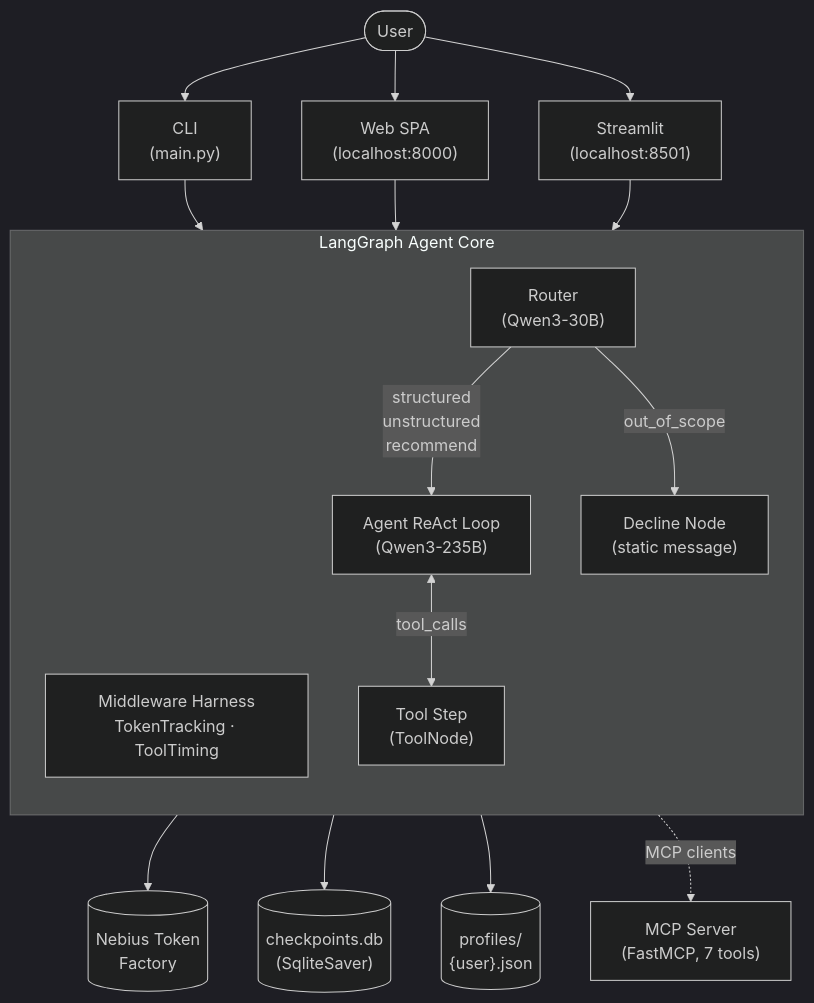
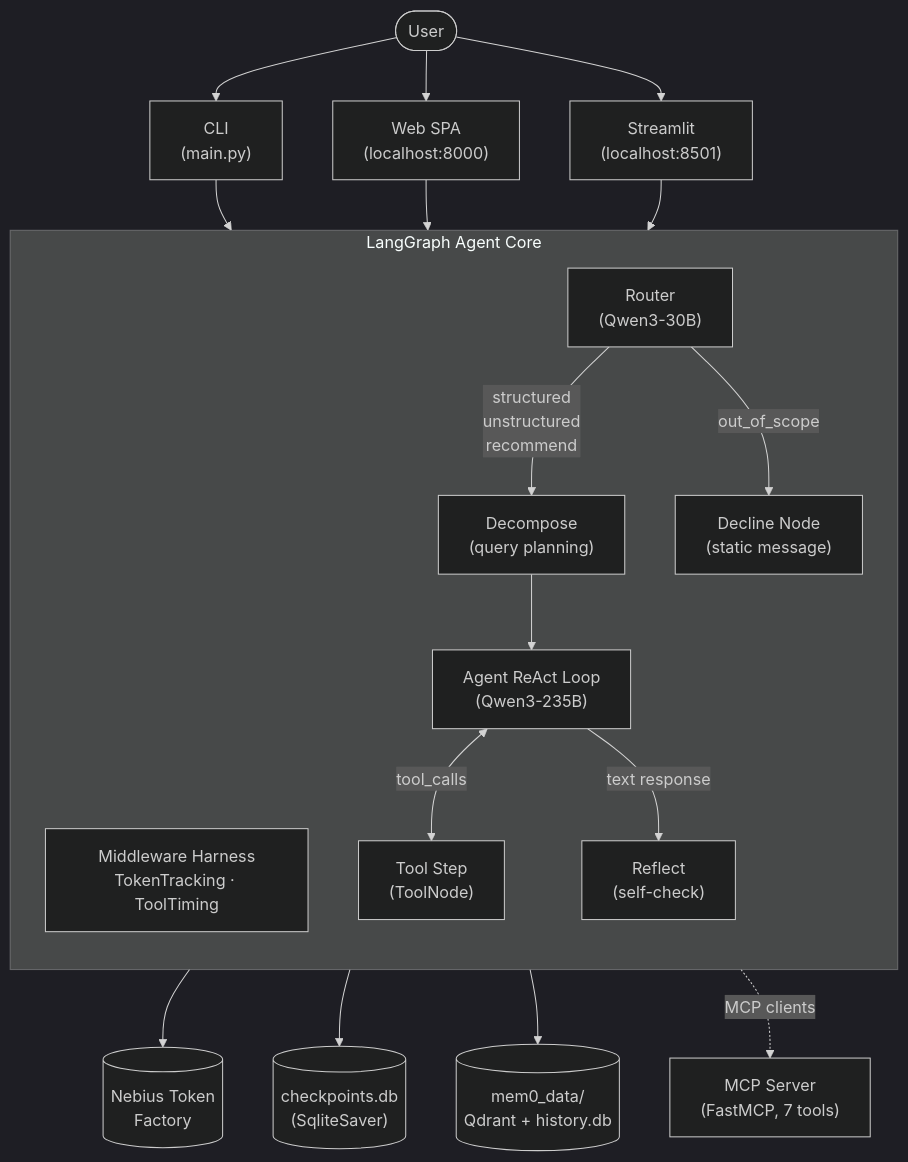
Before and after one commit to ilyaka-gmx/ilyaka-cs-data-analyst-agent: the first of 6 diagrams in docs/architecture.md, drawn with Mermaid (dark theme). The commit also changed other lines of this file and 35 other files, not shown here.

````diff
--- a/docs/architecture.md
+++ b/docs/architecture.md
@@ -40,30 +41,34 @@
 ```mermaid
 graph TD
     User([User])
 
     User --> CLI["CLI<br/>(main.py)"]
     User --> SPA["Web SPA<br/>(localhost:8000)"]
     User --> ST["Streamlit<br/>(localhost:8501)"]
 
     CLI --> Core
     SPA --> Core
     ST --> Core
 
     subgraph Core["LangGraph Agent Core"]
         direction TB
         MW["Middleware Harness<br/>TokenTracking · ToolTiming"]
         Router["Router<br/>(Qwen3-30B)"]
+        Decompose["Decompose<br/>(query planning)"]
         AgentStep["Agent ReAct Loop<br/>(Qwen3-235B)"]
         ToolStep["Tool Step<br/>(ToolNode)"]
+        Reflect["Reflect<br/>(self-check)"]
         Decline["Decline Node<br/>(static message)"]
 
-        Router -->|structured<br/>unstructured<br/>recommend| AgentStep
+        Router -->|structured<br/>unstructured<br/>recommend| Decompose
+        Decompose --> AgentStep
         Router -->|out_of_scope| Decline
         AgentStep <-->|tool_calls| ToolStep
+        AgentStep -->|text response| Reflect
     end
 
     Core --> ToFa[("Nebius Token<br/>Factory")]
     Core --> SQLite[("checkpoints.db<br/>(SqliteSaver)")]
-    Core --> Profiles[("profiles/<br/>{user}.json")]
+    Core --> Mem0[("mem0_data/<br/>Qdrant + history.db")]
     Core -.->|MCP clients| MCP["MCP Server<br/>(FastMCP, 7 tools)"]
 ```
````
